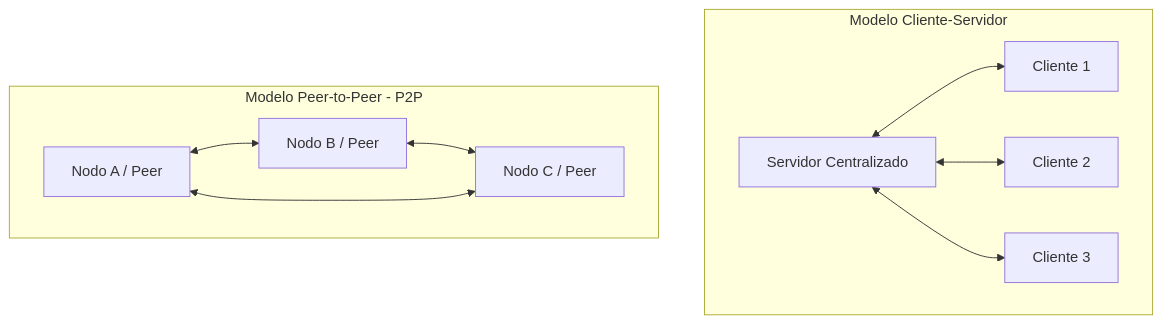
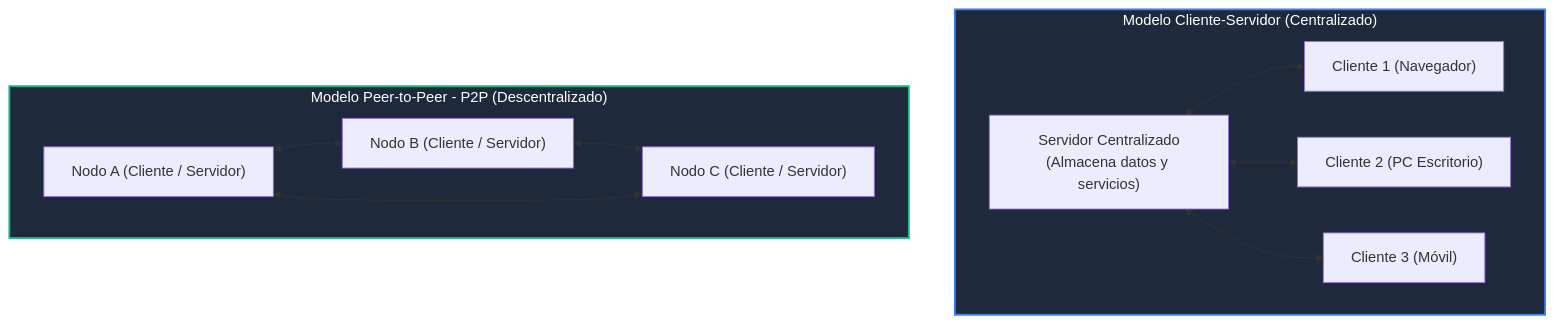
One commit to ch4rf/redes-computadoras changed the diagram in Teoria/Modulo_2_Capa_Aplicacion/01_Modelos_y_Servicios_Red.md. Above: the diagram before and after it, drawn with Mermaid. The commit also changed 12 other files, not shown here.

Commit message:
fix: reemplazar arte ascii por diagramas nativos mermaid y tablas responsivas para obsidian y vscode

````diff
--- a/Teoria/Modulo_2_Capa_Aplicacion/01_Modelos_y_Servicios_Red.md
+++ b/Teoria/Modulo_2_Capa_Aplicacion/01_Modelos_y_Servicios_Red.md
@@ -19,14 +19,17 @@
 ```mermaid
-graph TD
-    subgraph Modelo Cliente-Servidor
-        S[Servidor Centralizado] <--> C1[Cliente 1]
-        S <--> C2[Cliente 2]
-        S <--> C3[Cliente 3]
+flowchart TD
+    subgraph CS ["Modelo Cliente-Servidor (Centralizado)"]
+        S["Servidor Centralizado<br/>(Almacena datos y servicios)"] <--> C1["Cliente 1 (Navegador)"]
+        S <--> C2["Cliente 2 (PC Escritorio)"]
+        S <--> C3["Cliente 3 (Móvil)"]
     end
     
-    subgraph Modelo Peer-to-Peer - P2P
-        P1[Nodo A / Peer] <--> P2[Nodo B / Peer]
-        P2 <--> P3[Nodo C / Peer]
+    subgraph P2P ["Modelo Peer-to-Peer - P2P (Descentralizado)"]
+        P1["Nodo A (Cliente / Servidor)"] <--> P2["Nodo B (Cliente / Servidor)"]
+        P2 <--> P3["Nodo C (Cliente / Servidor)"]
         P3 <--> P1
     end
+
+    style CS fill:#1e293b,stroke:#3b82f6,stroke-width:2px,color:#fff
+    style P2P fill:#1e293b,stroke:#10b981,stroke-width:2px,color:#fff
 ```
````
